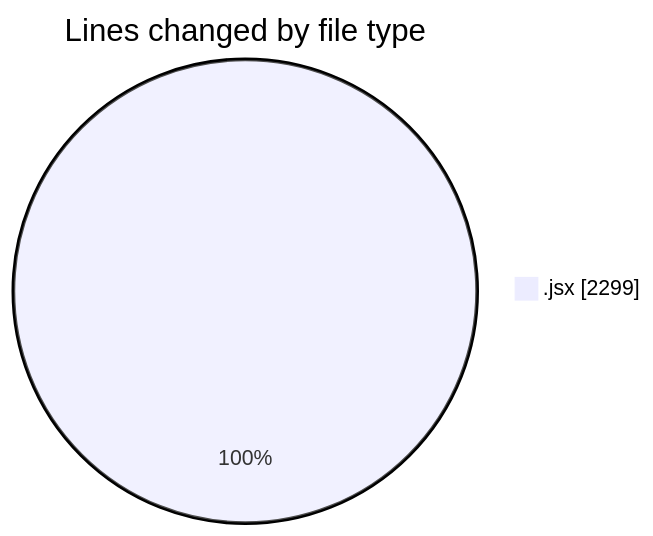
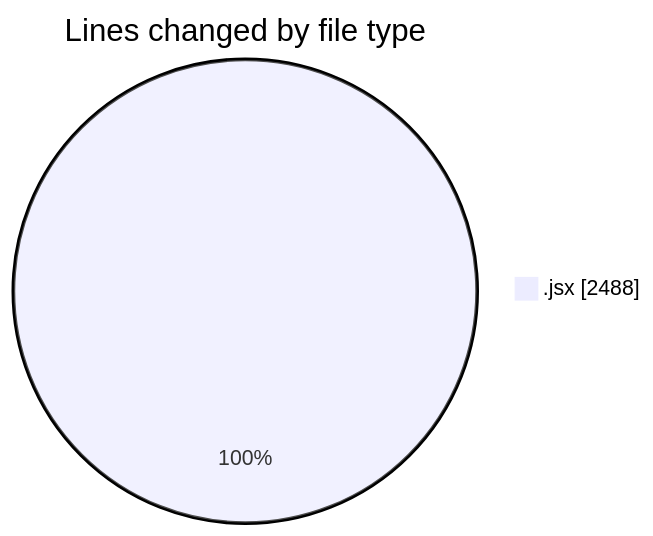
The first of 2 diagrams in 2026-01-12/nxtqube_webapp/README.md (nxtqubesakshisongat/code-tracking), drawn with Mermaid before and after one commit. The commit also changed other lines of this file and 1 other file, not shown here.

````diff
--- a/2026-01-12/nxtqube_webapp/README.md
+++ b/2026-01-12/nxtqube_webapp/README.md
@@ -23,5 +24,5 @@
 ```mermaid
 pie showData
 title Lines changed by file type
-".jsx" : 2299
+".jsx" : 2488
 ```
````
